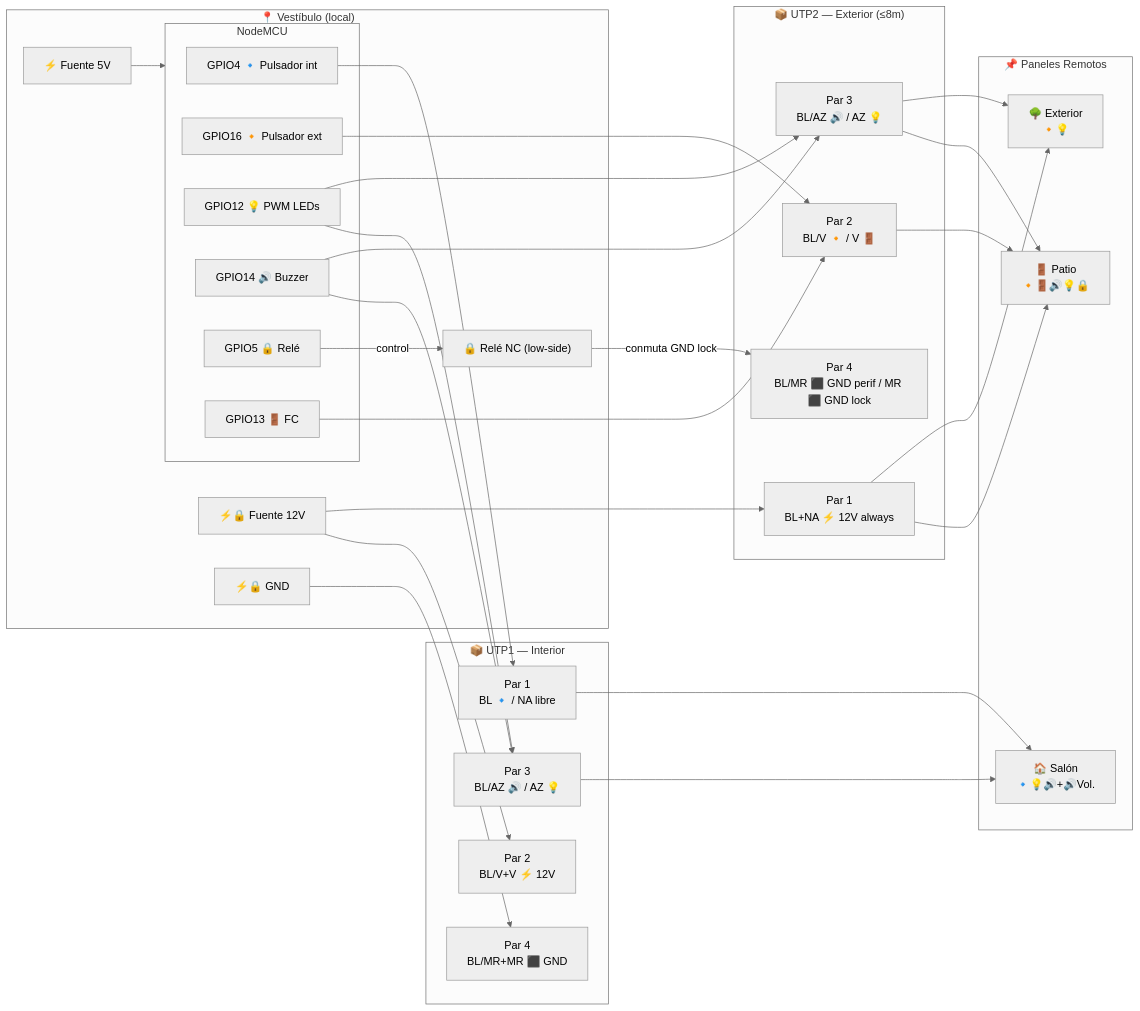
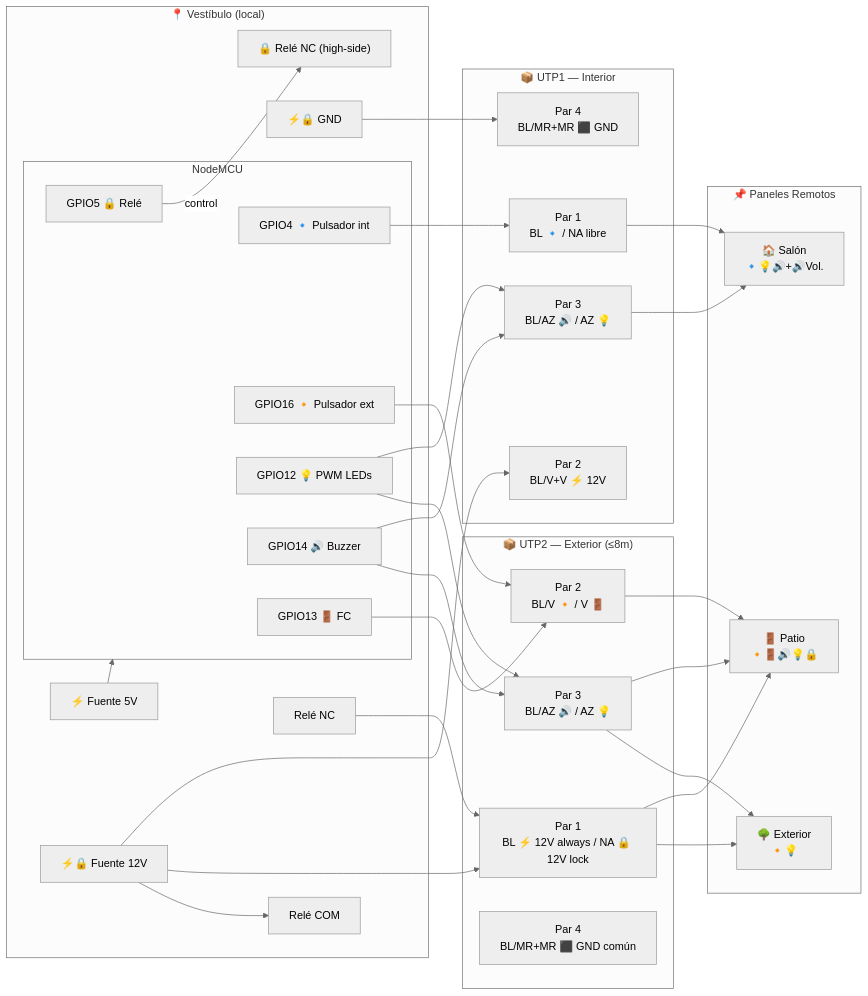
The third of 11 diagrams in README.md (abelbour/Abrepuertas), drawn with Mermaid (neutral theme) before and after one commit. The commit also changed other lines of this file and 1 other file, not shown here.

First line of the commit message:
Fix: high-side switching, GPIO13 INPUT, FC check inmediato, RTTTL único

````diff
--- a/README.md
+++ b/README.md
@@ -436,51 +439,52 @@
 ```mermaid
 flowchart LR
     subgraph NodeMCU
         G4["GPIO4 🔹 Pulsador int"]
         G16["GPIO16 🔸 Pulsador ext"]
         G12["GPIO12 💡 PWM LEDs"]
         G14["GPIO14 🔊 Buzzer"]
         G5["GPIO5 🔒 Relé"]
         G13["GPIO13 🚪 FC"]
     end
 
     subgraph UTP1["📦 UTP1 — Interior"]
         P1_1["Par 1<br/>BL 🔹 / NA libre"]
         P2_1["Par 2<br/>BL/V+V ⚡ 12V"]
         P3_1["Par 3<br/>BL/AZ 🔊 / AZ 💡"]
         P4_1["Par 4<br/>BL/MR+MR ⬛ GND"]
     end
 
     subgraph UTP2["📦 UTP2 — Exterior (≤8m)"]
-        P1_2["Par 1<br/>BL+NA ⚡ 12V always"]
+        P1_2["Par 1<br/>BL ⚡ 12V always / NA 🔒 12V lock"]
         P2_2["Par 2<br/>BL/V 🔸 / V 🚪"]
         P3_2["Par 3<br/>BL/AZ 🔊 / AZ 💡"]
-        P4_2["Par 4<br/>BL/MR ⬛ GND perif / MR ⬛ GND lock"]
+        P4_2["Par 4<br/>BL/MR+MR ⬛ GND común"]
     end
 
     subgraph Vestibulo["📍 Vestíbulo (local)"]
         F5V["⚡ Fuente 5V"] --> NodeMCU
         F12V["⚡🔒 Fuente 12V"]
         F12V --> P2_1 & P1_2
         F12V_GND["⚡🔒 GND"] --> P4_1
-        G5 -- control --> Rele["🔒 Relé NC (low-side)"]
-        Rele -- conmuta GND lock --> P4_2
+        G5 -- control --> Rele["🔒 Relé NC (high-side)"]
+        F12V --> ReleCOM["Relé COM"]
+        ReleNC["Relé NC"] --> P1_2
     end
 
     subgraph Paneles["📌 Paneles Remotos"]
         Salon["🏠 Salón<br/>🔹💡🔊+🔊Vol."]
         Patio["🚪 Patio<br/>🔸🚪🔊💡🔒"]
         Ext["🌳 Exterior<br/>🔸💡"]
     end
 
     G4 --> P1_1
     G12 --> P3_1 & P3_2
     G14 --> P3_1 & P3_2
     G16 --> P2_2
     G13 --> P2_2
     P1_1 --> Salon
     P3_1 --> Salon
     P3_2 --> Patio & Ext
     P2_2 --> Patio
     P1_2 --> Patio & Ext
 ```
````
